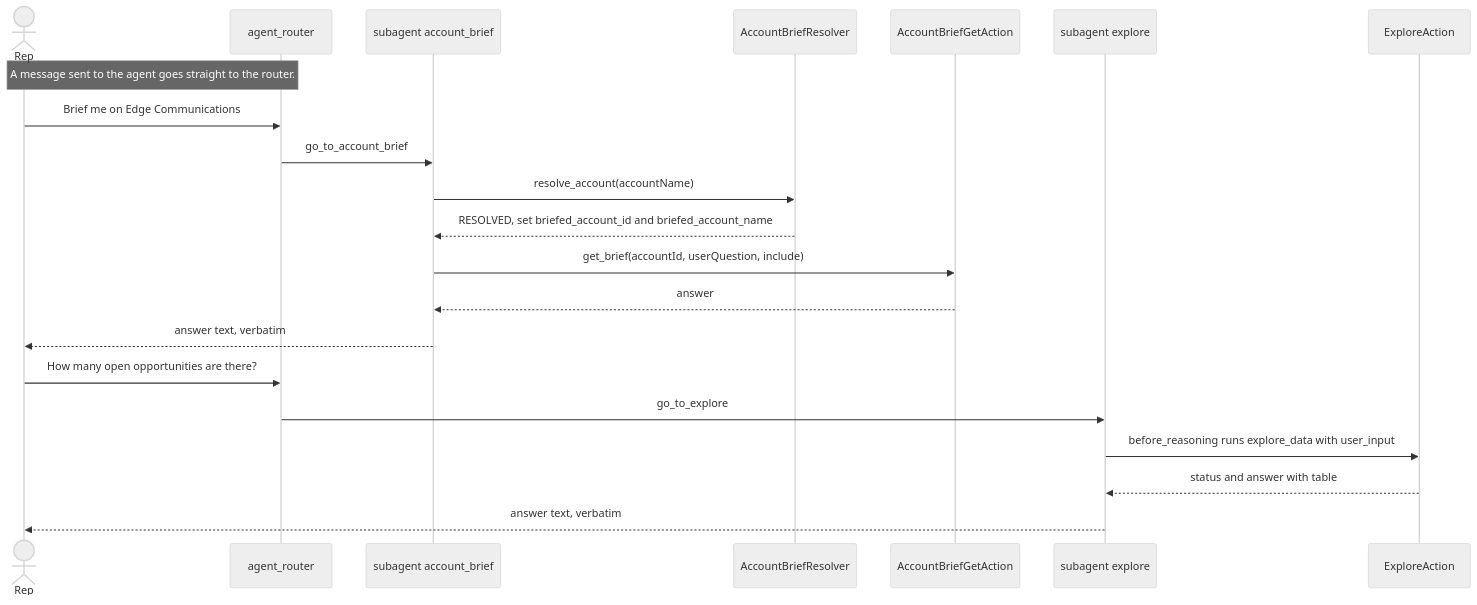
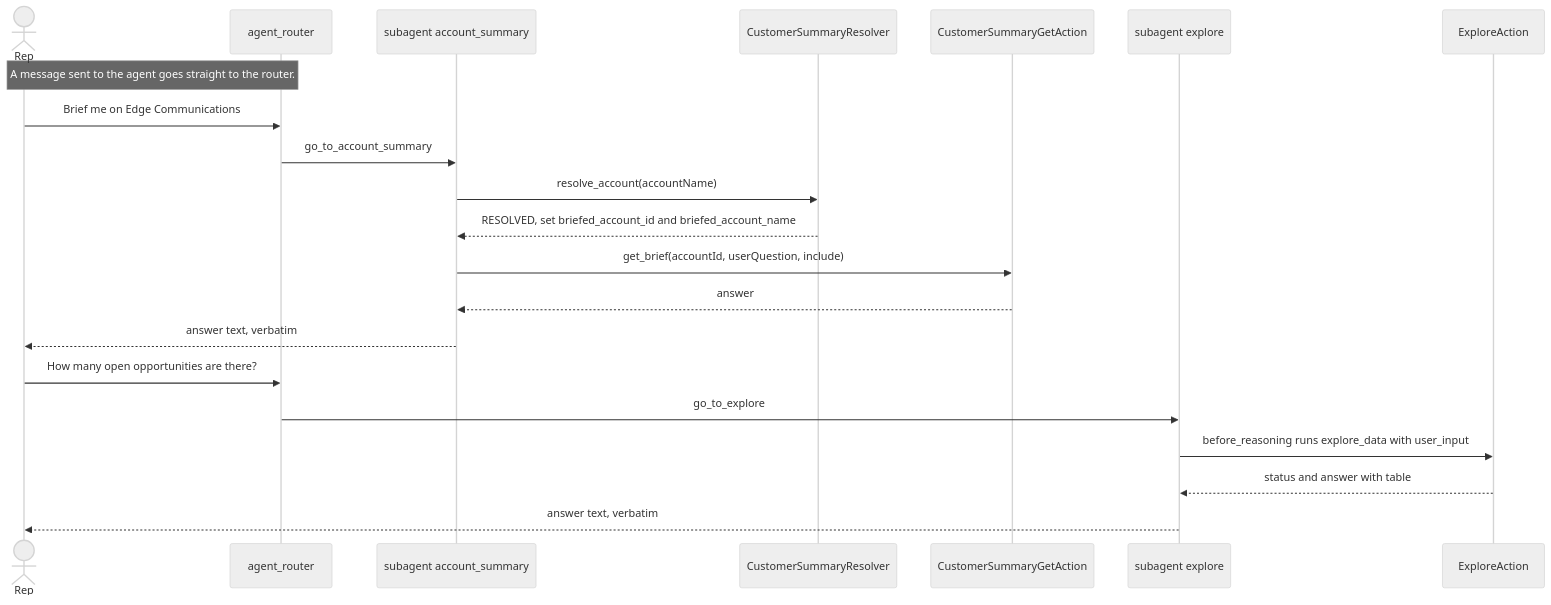
Before and after one commit to nelsben/generic-agent: the diagram in docs/patterns/06-agent-routing-and-verbatim-relay.md, drawn with Mermaid (neutral theme). The commit also changed other lines of this file and 160 other files, not shown here.

First line of the commit message:
BE-23: FR2 rename in the repo, Account Brief becomes Customer Summary (GO)

````diff
--- a/docs/patterns/06-agent-routing-and-verbatim-relay.md
+++ b/docs/patterns/06-agent-routing-and-verbatim-relay.md
@@ -28,23 +28,23 @@
 ```mermaid
 sequenceDiagram
     actor U as Rep
     participant R as agent_router
-    participant AB as subagent account_brief
-    participant RA as AccountBriefResolver
-    participant GA as AccountBriefGetAction
+    participant AB as subagent account_summary
+    participant RA as CustomerSummaryResolver
+    participant GA as CustomerSummaryGetAction
     participant EX as subagent explore
     participant EA as ExploreAction
     Note over U,R: A message sent to the agent goes straight to the router.
     U->>R: Brief me on Edge Communications
-    R->>AB: go_to_account_brief
+    R->>AB: go_to_account_summary
     AB->>RA: resolve_account(accountName)
     RA-->>AB: RESOLVED, set briefed_account_id and briefed_account_name
     AB->>GA: get_brief(accountId, userQuestion, include)
     GA-->>AB: answer
     AB-->>U: answer text, verbatim
     U->>R: How many open opportunities are there?
     R->>EX: go_to_explore
     EX->>EA: before_reasoning runs explore_data with user_input
     EA-->>EX: status and answer with table
     EX-->>U: answer text, verbatim
 ```
````
